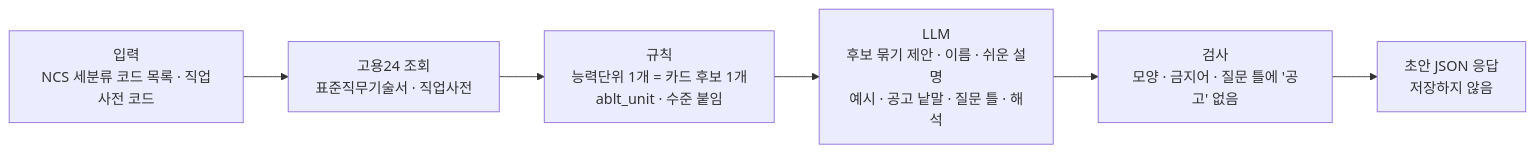
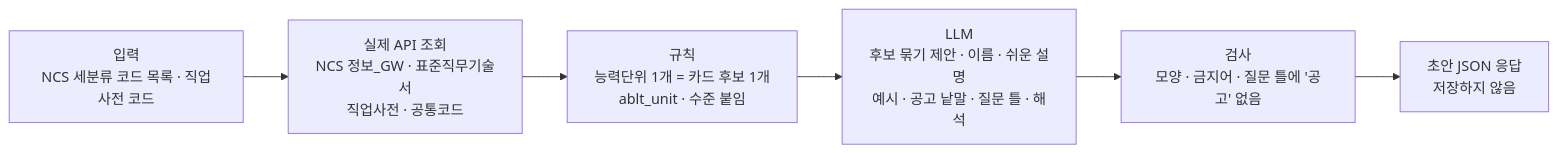
Before and after one commit to zazasj/askback24: the second of 9 diagrams in docs/ai_agent/에이전트 설계 확정.md, drawn with Mermaid. The commit also changed other lines of this file and 6 other files, not shown here.

````diff
--- a/docs/ai_agent/에이전트 설계 확정.md
+++ b/docs/ai_agent/에이전트 설계 확정.md
@@ -47,8 +48,8 @@
 ```mermaid
 flowchart LR
-    A[입력<br/>NCS 세분류 코드 목록 · 직업사전 코드] --> B[고용24 조회<br/>표준직무기술서 · 직업사전]
+    A[입력<br/>NCS 세분류 코드 목록 · 직업사전 코드] --> B[실제 API 조회<br/>NCS 정보_GW · 표준직무기술서<br/>직업사전 · 공통코드]
     B --> C[규칙<br/>능력단위 1개 = 카드 후보 1개<br/>ablt_unit · 수준 붙임]
     C --> D[LLM<br/>후보 묶기 제안 · 이름 · 쉬운 설명<br/>예시 · 공고 낱말 · 질문 틀 · 해석]
     D --> E[검사<br/>모양 · 금지어 · 질문 틀에 '공고' 없음]
     E --> F[초안 JSON 응답<br/>저장하지 않음]
 ```
````
